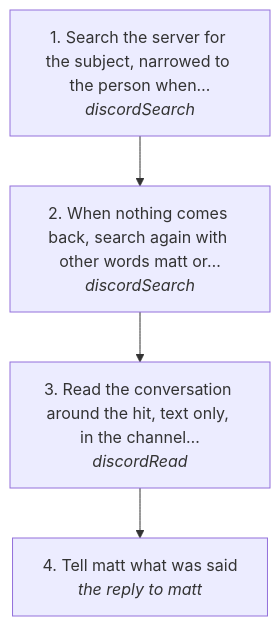
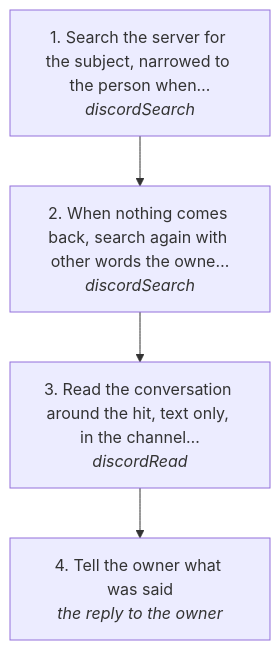
Before and after one commit to matthewdonsemail-lab/log: the diagram in docs/useCases/discord/serverSearch.md, drawn with Mermaid. The commit also changed other lines of this file and 267 other files, not shown here.

````diff
--- a/docs/useCases/discord/serverSearch.md
+++ b/docs/useCases/discord/serverSearch.md
@@ -14,10 +14,10 @@
 ```mermaid
 flowchart TD
   s0["1. Search the server for the subject, narrowed to the person when…<br/><i>discordSearch</i>"]
-  s1["2. When nothing comes back, search again with other words matt or…<br/><i>discordSearch</i>"]
+  s1["2. When nothing comes back, search again with other words the owne…<br/><i>discordSearch</i>"]
   s2["3. Read the conversation around the hit, text only, in the channel…<br/><i>discordRead</i>"]
-  s3["4. Tell matt what was said<br/><i>the reply to matt</i>"]
+  s3["4. Tell the owner what was said<br/><i>the reply to the owner</i>"]
   s0 --> s1
   s1 --> s2
   s2 --> s3
 ```
````
